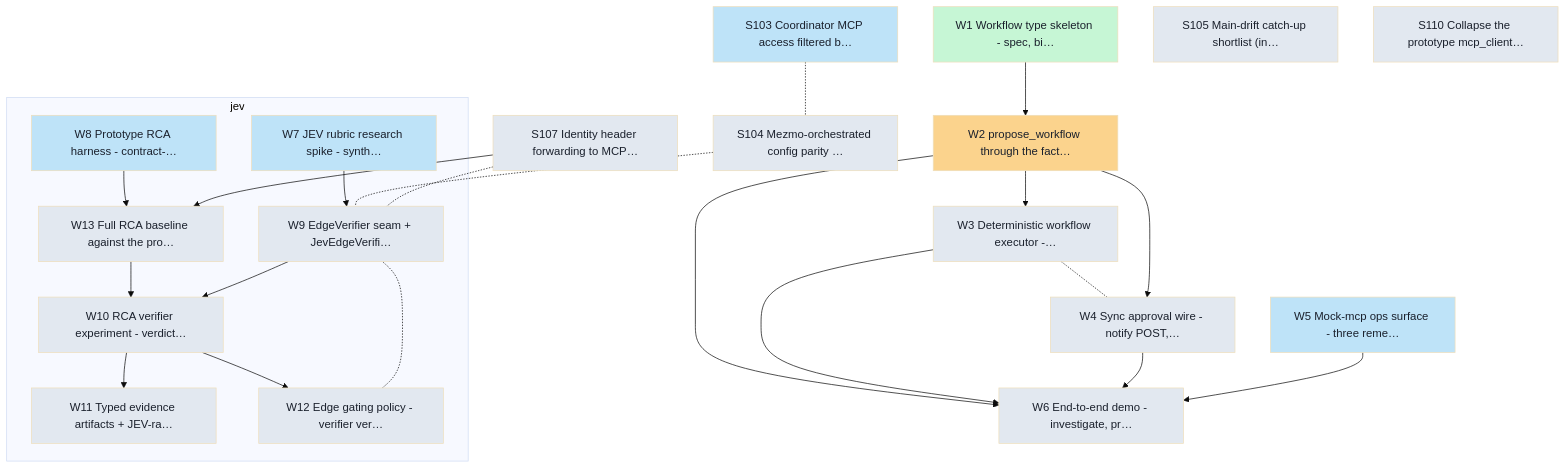
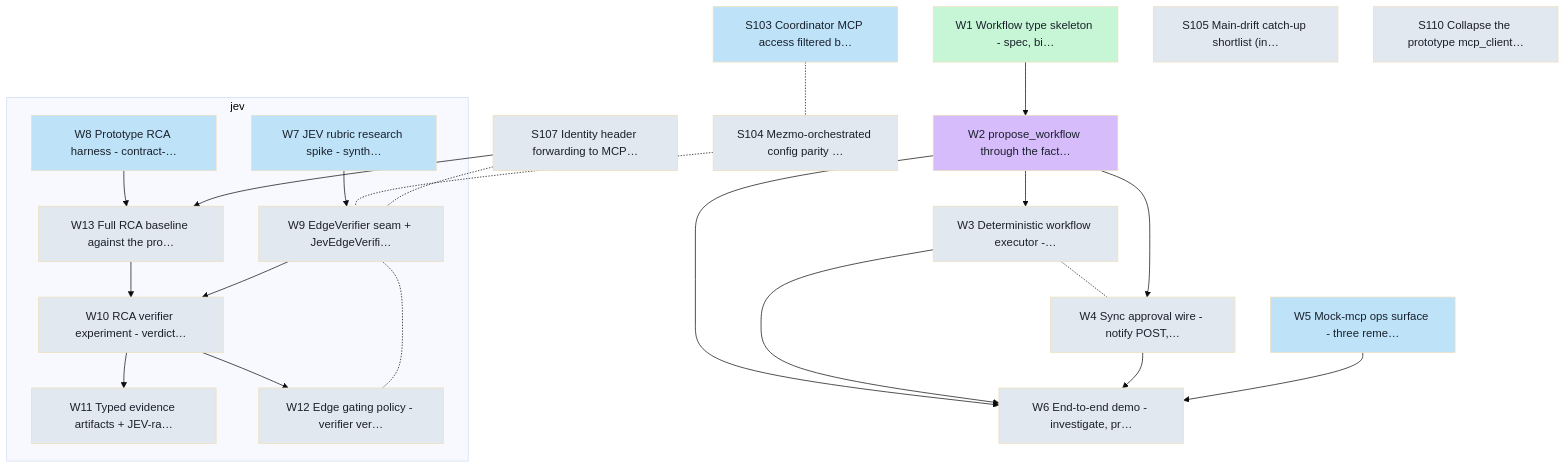
One commit to Shearerbeard/agent-driver-prototype changed the diagram in docs/board/cards/graph.md. Above: the diagram before and after it, drawn with Mermaid (base theme). The commit also changed 3 other files, not shown here.

````diff
--- a/docs/board/cards/graph.md
+++ b/docs/board/cards/graph.md
@@ -8,47 +8,47 @@
 ```mermaid
 flowchart TD
   classDef backlog fill:#e2e8f0,color:#1a202c;
   classDef ready fill:#bee3f8,color:#1a202c;
   classDef inprogress fill:#fbd38d,color:#1a202c;
   classDef inreview fill:#d6bcfa,color:#1a202c;
   classDef done fill:#c6f6d5,color:#1a202c;
   subgraph lane_jev["jev"]
     W7["W7 JEV rubric research spike - synth…"]:::ready
     W8["W8 Prototype RCA harness - contract-…"]:::ready
     W9["W9 EdgeVerifier seam + JevEdgeVerifi…"]:::backlog
     W10["W10 RCA verifier experiment - verdict…"]:::backlog
     W11["W11 Typed evidence artifacts + JEV-ra…"]:::backlog
     W12["W12 Edge gating policy - verifier ver…"]:::backlog
     W13["W13 Full RCA baseline against the pro…"]:::backlog
   end
   W1["W1 Workflow type skeleton - spec, bi…"]:::done
-  W2["W2 propose_workflow through the fact…"]:::inprogress
+  W2["W2 propose_workflow through the fact…"]:::inreview
   W3["W3 Deterministic workflow executor -…"]:::backlog
   W4["W4 Sync approval wire - notify POST,…"]:::backlog
   W5["W5 Mock-mcp ops surface - three reme…"]:::ready
   W6["W6 End-to-end demo - investigate, pr…"]:::backlog
   S103["S103 Coordinator MCP access filtered b…"]:::ready
   S104["S104 Mezmo-orchestrated config parity …"]:::backlog
   S105["S105 Main-drift catch-up shortlist (in…"]:::backlog
   S107["S107 Identity header forwarding to MCP…"]:::backlog
   S110["S110 Collapse the prototype mcp_client…"]:::backlog
   W1 --> W2
   W2 --> W3
   W3 -.- W4
   W2 --> W4
   W2 --> W6
   W3 --> W6
   W4 --> W6
   W5 --> W6
   W7 --> W9
   W13 --> W10
   W9 --> W10
   W10 --> W11
   W10 --> W12
   W12 -.- W9
   W8 --> W13
   S107 --> W13
   S103 -.- S104
   S104 -.- W9
   S107 -.- W9
 ```
````
